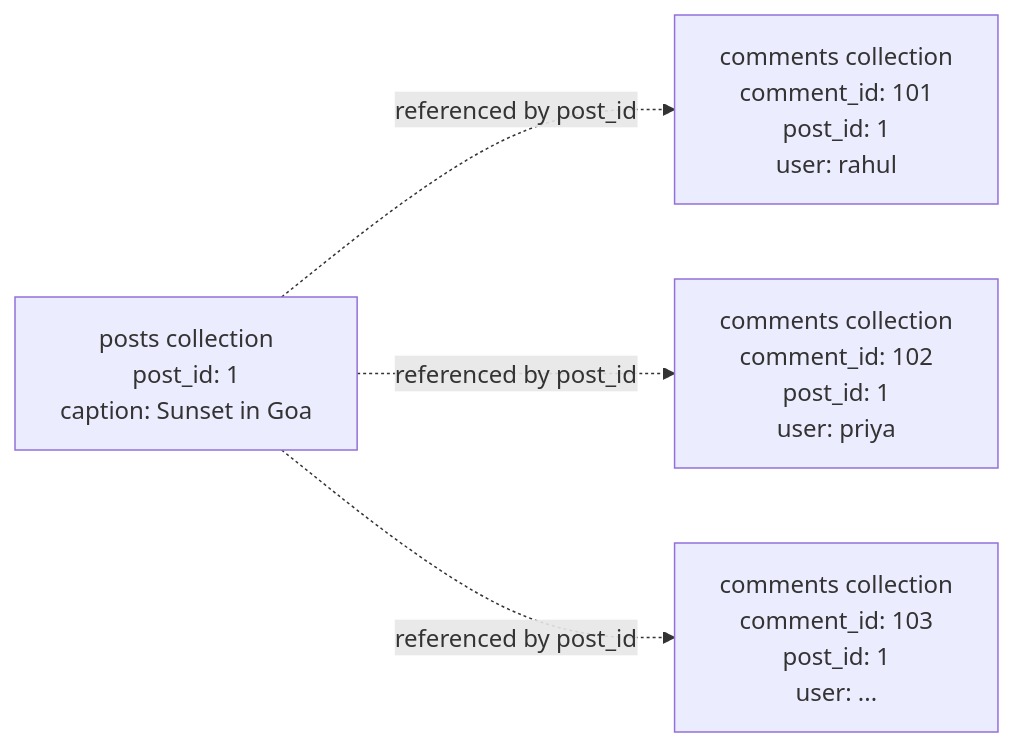
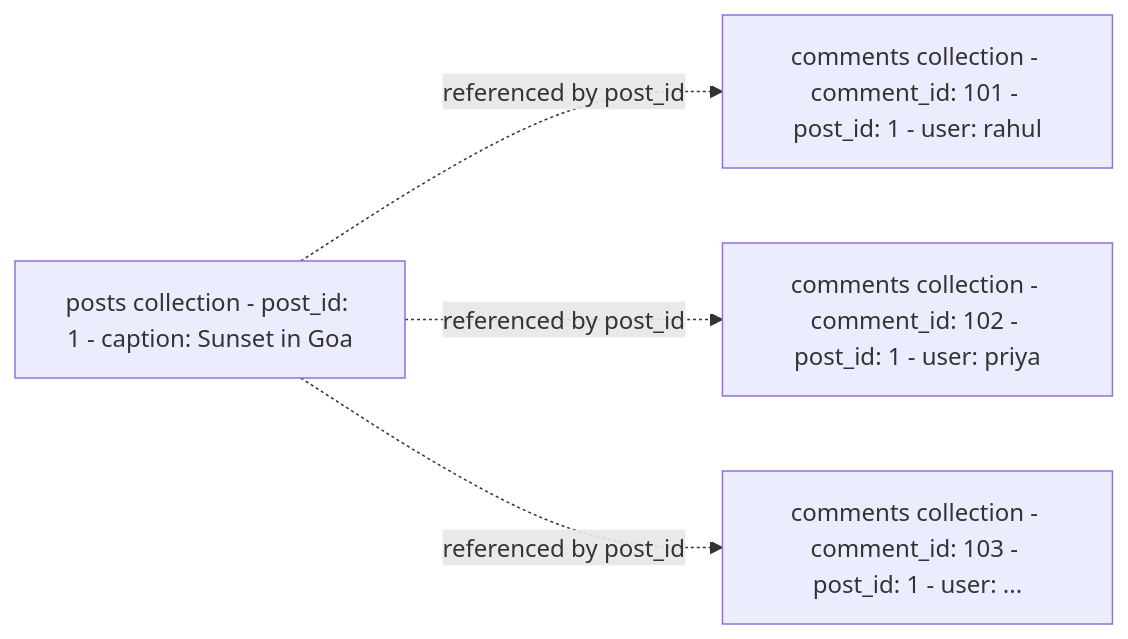
The second of 2 diagrams in System Design/06-Storage-and-Databases/10-Document-Stores/01-MongoDB/03-Embedding-vs-Referencing.md (Dummy-Bug/system-design-handbook), drawn with Mermaid before and after one commit. The commit also changed 30 other files, not shown here.

````diff
--- a/System Design/06-Storage-and-Databases/10-Document-Stores/01-MongoDB/03-Embedding-vs-Referencing.md
+++ b/System Design/06-Storage-and-Databases/10-Document-Stores/01-MongoDB/03-Embedding-vs-Referencing.md
@@ -99,10 +99,10 @@
 ```mermaid
 graph LR
-    Post["posts collection\npost_id: 1\ncaption: Sunset in Goa"]
-    C1["comments collection\ncomment_id: 101\npost_id: 1\nuser: rahul"]
-    C2["comments collection\ncomment_id: 102\npost_id: 1\nuser: priya"]
-    C3["comments collection\ncomment_id: 103\npost_id: 1\nuser: ..."]
+    Post["posts collection - post_id: 1 - caption: Sunset in Goa"]
+    C1["comments collection - comment_id: 101 - post_id: 1 - user: rahul"]
+    C2["comments collection - comment_id: 102 - post_id: 1 - user: priya"]
+    C3["comments collection - comment_id: 103 - post_id: 1 - user: ..."]
     Post -.->|"referenced by post_id"| C1
     Post -.->|"referenced by post_id"| C2
     Post -.->|"referenced by post_id"| C3
 ```
````
